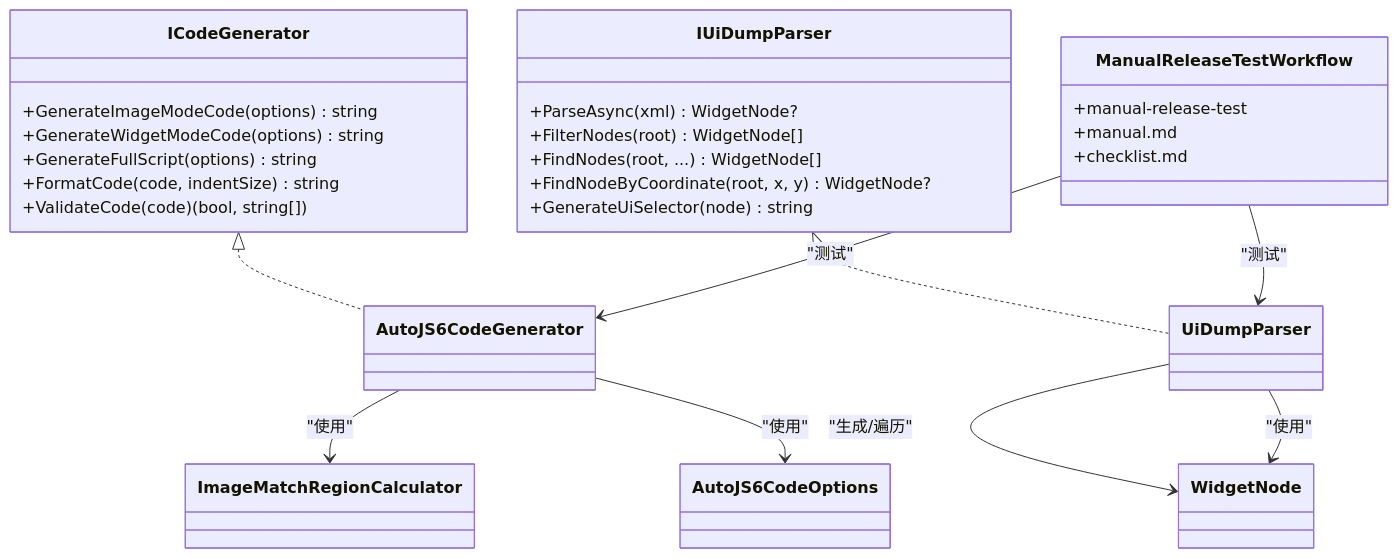
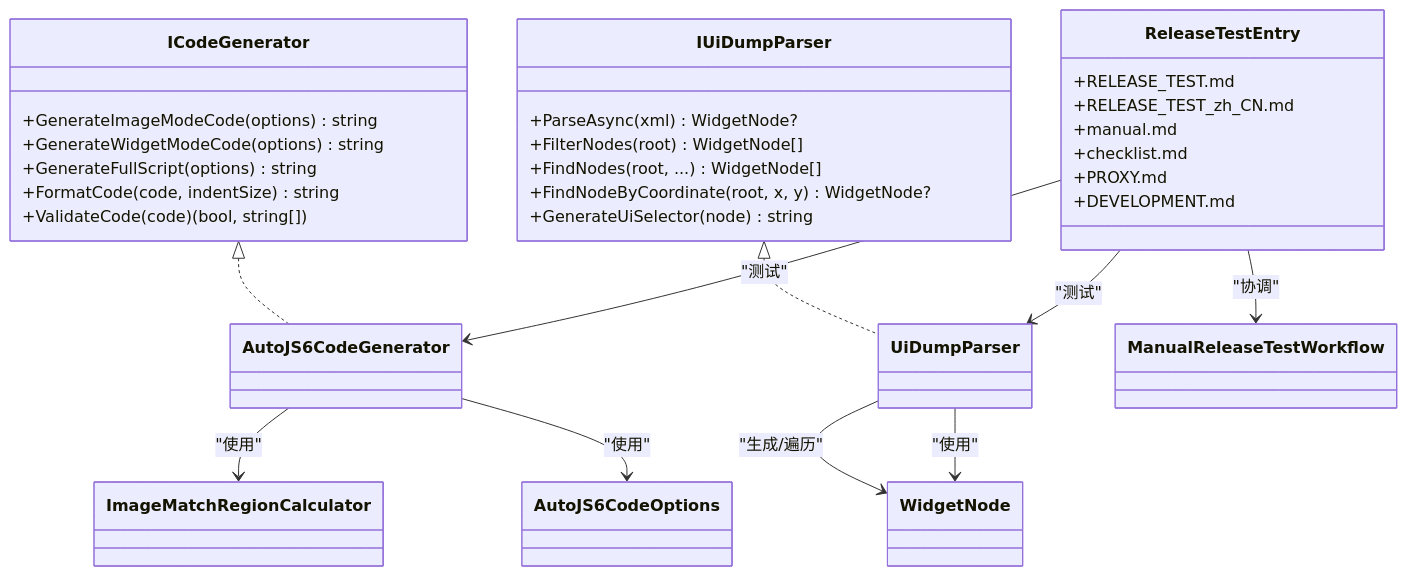
One commit to terwer/autojs6-dev-tools changed the fifth of 5 diagrams in .qoder/repowiki/zh/content/开发指南/测试策略与质量保证.md. Above: the diagram before and after it, drawn with Mermaid. The commit also changed other lines of this file and 4 other files, not shown here.

First line of the commit message:
docs(release): enhance release-please config and add release test documentation

````diff
--- a/.qoder/repowiki/zh/content/开发指南/测试策略与质量保证.md
+++ b/.qoder/repowiki/zh/content/开发指南/测试策略与质量保证.md
@@ -357,33 +410,37 @@
 ```mermaid
 classDiagram
 class ICodeGenerator {
 +GenerateImageModeCode(options) string
 +GenerateWidgetModeCode(options) string
 +GenerateFullScript(options) string
 +FormatCode(code, indentSize) string
 +ValidateCode(code) (bool, string[])
 }
 class IUiDumpParser {
 +ParseAsync(xml) WidgetNode?
 +FilterNodes(root) WidgetNode[]
 +FindNodes(root, ...) WidgetNode[]
 +FindNodeByCoordinate(root, x, y) WidgetNode?
 +GenerateUiSelector(node) string
 }
 class AutoJS6CodeGenerator
 class UiDumpParser
 class ImageMatchRegionCalculator
-class ManualReleaseTestWorkflow {
-+manual-release-test
+class ReleaseTestEntry {
++RELEASE_TEST.md
++RELEASE_TEST_zh_CN.md
 +manual.md
 +checklist.md
++PROXY.md
++DEVELOPMENT.md
 }
 ICodeGenerator <|.. AutoJS6CodeGenerator
 IUiDumpParser <|.. UiDumpParser
 AutoJS6CodeGenerator --> ImageMatchRegionCalculator : "使用"
 UiDumpParser --> WidgetNode : "生成/遍历"
 AutoJS6CodeGenerator --> AutoJS6CodeOptions : "使用"
 UiDumpParser --> WidgetNode : "使用"
-ManualReleaseTestWorkflow --> AutoJS6CodeGenerator : "测试"
-ManualReleaseTestWorkflow --> UiDumpParser : "测试"
+ReleaseTestEntry --> AutoJS6CodeGenerator : "测试"
+ReleaseTestEntry --> UiDumpParser : "测试"
+ReleaseTestEntry --> ManualReleaseTestWorkflow : "协调"
 ```
````
